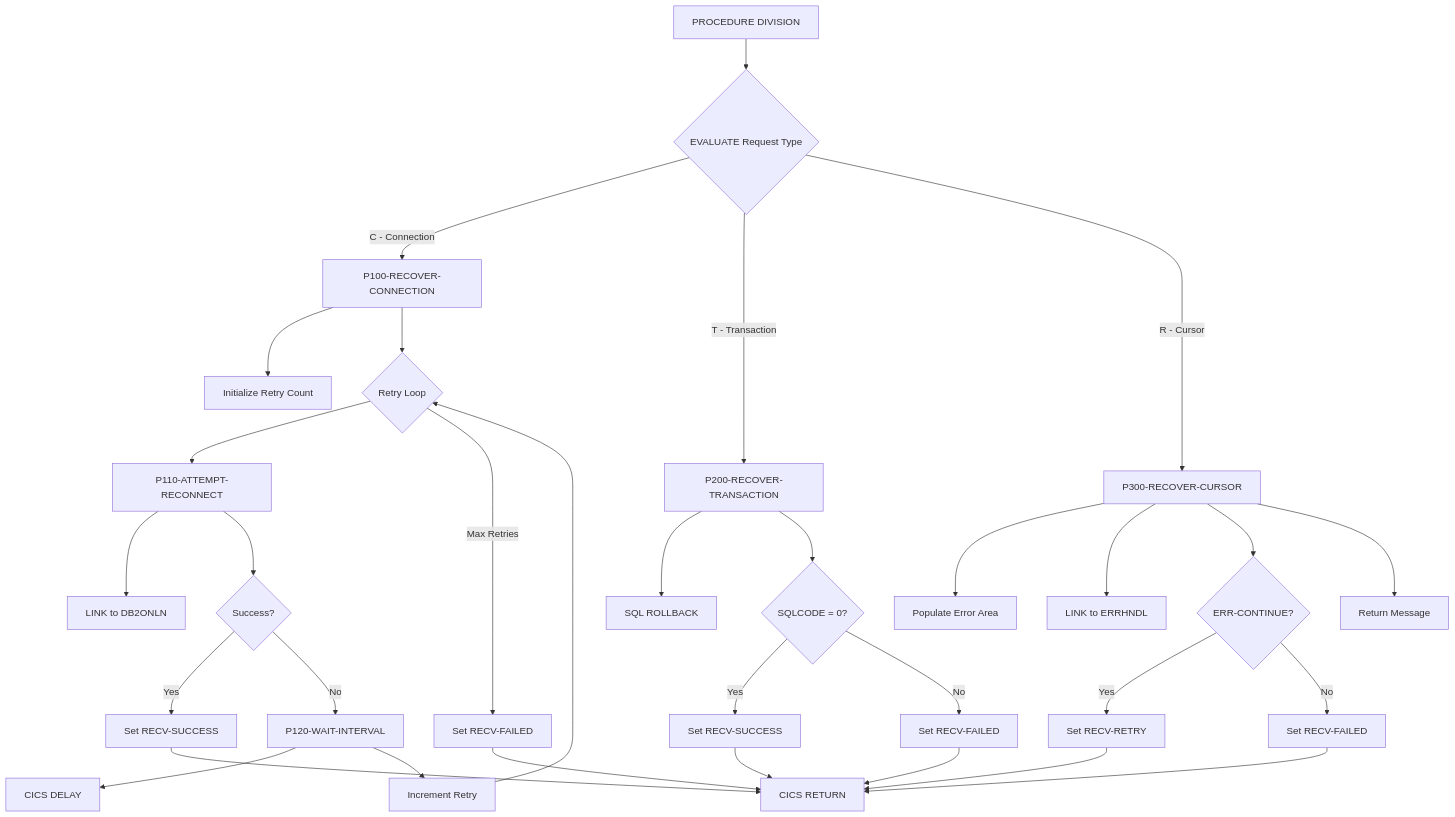
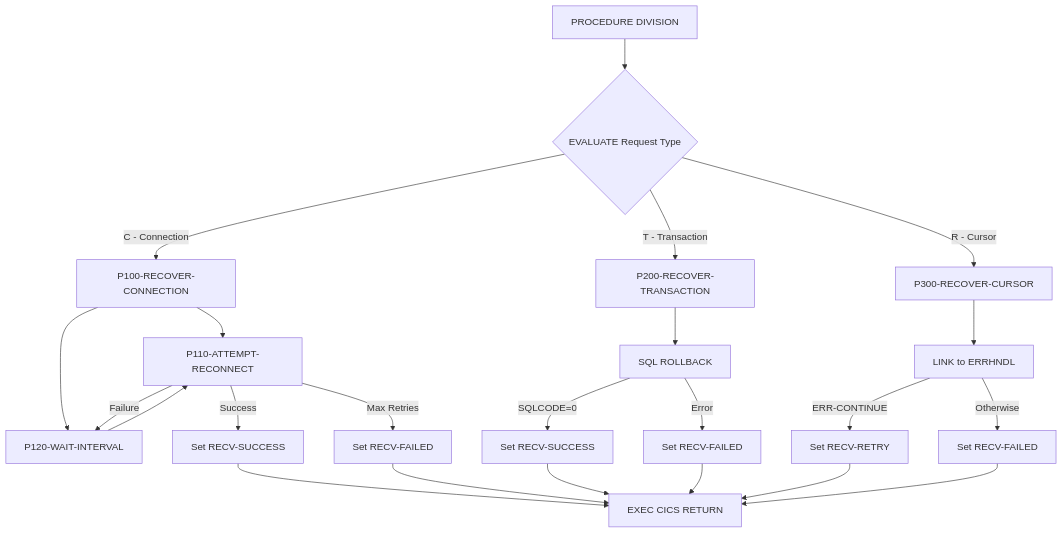
One commit to haladir-com/legacy-benchmark-docs-vb70e1 changed the diagram in docs/programs/DB2RECV.mdx. Above: the diagram before and after it, drawn with Mermaid. The commit also changed other lines of this file and 63 other files, not shown here.

````diff
--- a/docs/programs/DB2RECV.mdx
+++ b/docs/programs/DB2RECV.mdx
@@ -16,38 +19,29 @@
 ```mermaid
 graph TD
     A[PROCEDURE DIVISION] --> B{EVALUATE Request Type}
     B -->|C - Connection| C[P100-RECOVER-CONNECTION]
     B -->|T - Transaction| D[P200-RECOVER-TRANSACTION]
     B -->|R - Cursor| E[P300-RECOVER-CURSOR]
     
-    C --> C1[Initialize Retry Count]
-    C --> C2{Retry Loop}
-    C2 --> C3[P110-ATTEMPT-RECONNECT]
-    C3 --> C3a[LINK to DB2ONLN]
-    C3 --> C3b{Success?}
-    C3b -->|Yes| C4[Set RECV-SUCCESS]
-    C3b -->|No| C5[P120-WAIT-INTERVAL]
-    C5 --> C5a[CICS DELAY]
-    C5 --> C6[Increment Retry]
-    C6 --> C2
-    C2 -->|Max Retries| C7[Set RECV-FAILED]
+    C --> C1[P110-ATTEMPT-RECONNECT]
+    C --> C2[P120-WAIT-INTERVAL]
+    C1 -->|Success| F[Set RECV-SUCCESS]
+    C1 -->|Failure| C2
+    C2 --> C1
+    C1 -->|Max Retries| G[Set RECV-FAILED]
     
     D --> D1[SQL ROLLBACK]
-    D --> D2{SQLCODE = 0?}
-    D2 -->|Yes| D3[Set RECV-SUCCESS]
-    D2 -->|No| D4[Set RECV-FAILED]
+    D1 -->|SQLCODE=0| H[Set RECV-SUCCESS]
+    D1 -->|Error| I[Set RECV-FAILED]
     
-    E --> E1[Populate Error Area]
-    E --> E2[LINK to ERRHNDL]
-    E --> E3{ERR-CONTINUE?}
-    E3 -->|Yes| E4[Set RECV-RETRY]
-    E3 -->|No| E5[Set RECV-FAILED]
-    E --> E6[Return Message]
+    E --> E1[LINK to ERRHNDL]
+    E1 -->|ERR-CONTINUE| J[Set RECV-RETRY]
+    E1 -->|Otherwise| K[Set RECV-FAILED]
     
-    C4 --> F[CICS RETURN]
-    C7 --> F
-    D3 --> F
-    D4 --> F
-    E4 --> F
-    E5 --> F
+    F --> Z[EXEC CICS RETURN]
+    G --> Z
+    H --> Z
+    I --> Z
+    J --> Z
+    K --> Z
 ```
````
